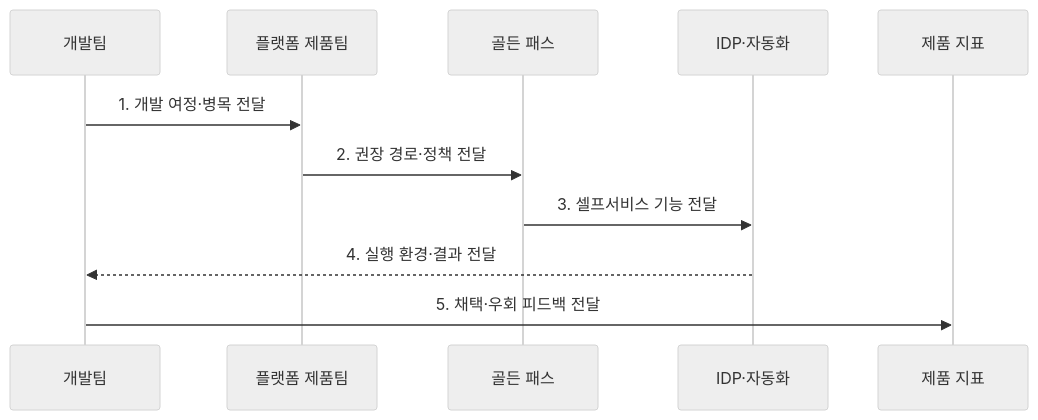
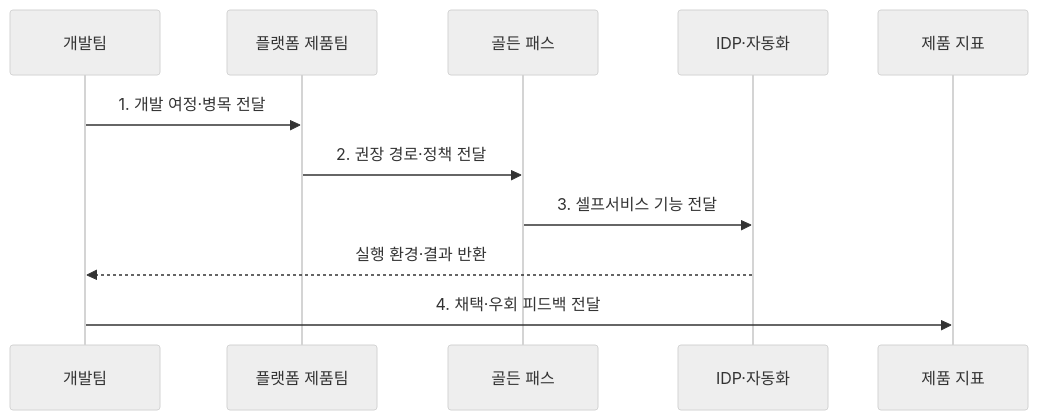
One commit to agnusdei1207/knowledge-base changed the second of 2 diagrams in src/content/docs/notes/08-latest-tech/175_platform_engineering.md. Above: the diagram before and after it, drawn with Mermaid (neutral theme). The commit also changed other lines of this file and 225 other files, not shown here.

````diff
--- a/src/content/docs/notes/08-latest-tech/175_platform_engineering.md
+++ b/src/content/docs/notes/08-latest-tech/175_platform_engineering.md
@@ -78,13 +78,13 @@
 ```mermaid
 sequenceDiagram
     participant D as 개발팀
     participant P as 플랫폼 제품팀
     participant G as 골든 패스
     participant I as IDP·자동화
     participant M as 제품 지표
     D->>P: 1. 개발 여정·병목 전달
     P->>G: 2. 권장 경로·정책 전달
     G->>I: 3. 셀프서비스 기능 전달
-    I-->>D: 4. 실행 환경·결과 전달
-    D->>M: 5. 채택·우회 피드백 전달
+    I-->>D: 실행 환경·결과 반환
+    D->>M: 4. 채택·우회 피드백 전달
 ```
````
